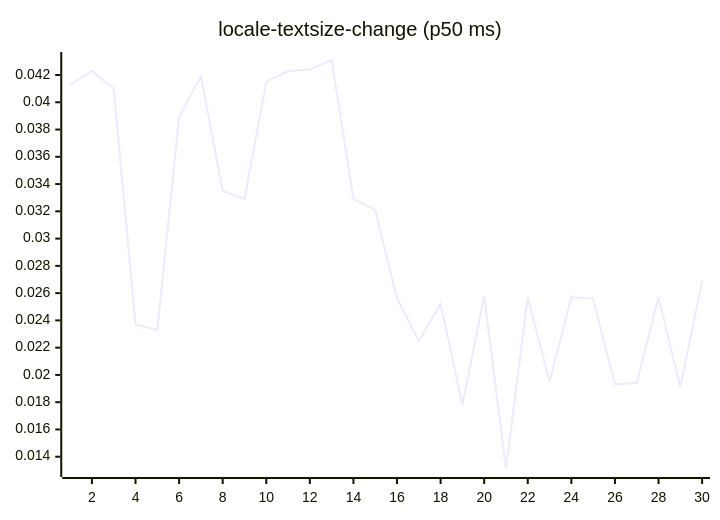
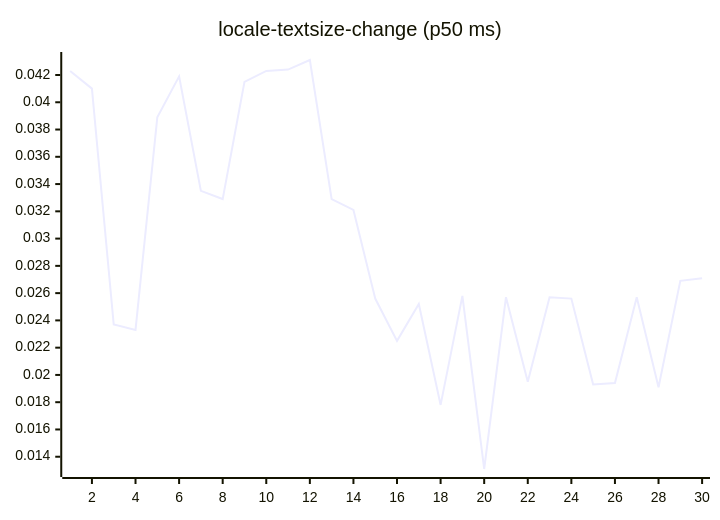
Diagram 13 of 27 in README.md (josha/Facet), drawn with Mermaid before and after one commit. The commit also changed other lines of this file and 2 other files, not shown here.

````diff
--- a/README.md
+++ b/README.md
@@ -147,6 +147,6 @@
 ```mermaid
 xychart-beta
     title "locale-textsize-change (p50 ms)"
     x-axis 1 --> 30
-    line [0.0413, 0.0423, 0.0410, 0.0237, 0.0233, 0.0389, 0.0419, 0.0335, 0.0329, 0.0415, 0.0423, 0.0424, 0.0431, 0.0329, 0.0321, 0.0256, 0.0225, 0.0252, 0.0178, 0.0258, 0.0131, 0.0257, 0.0195, 0.0257, 0.0256, 0.0193, 0.0194, 0.0257, 0.0191, 0.0269]
+    line [0.0423, 0.0410, 0.0237, 0.0233, 0.0389, 0.0419, 0.0335, 0.0329, 0.0415, 0.0423, 0.0424, 0.0431, 0.0329, 0.0321, 0.0256, 0.0225, 0.0252, 0.0178, 0.0258, 0.0131, 0.0257, 0.0195, 0.0257, 0.0256, 0.0193, 0.0194, 0.0257, 0.0191, 0.0269, 0.0271]
 ```
````
